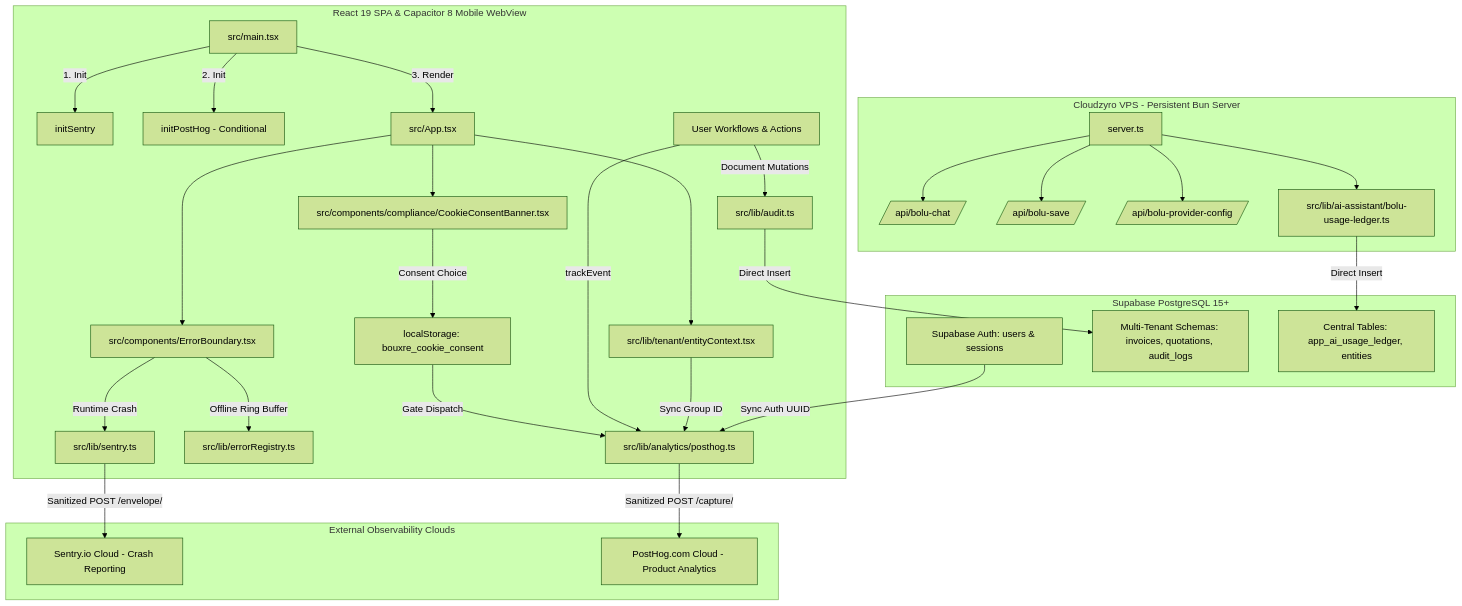
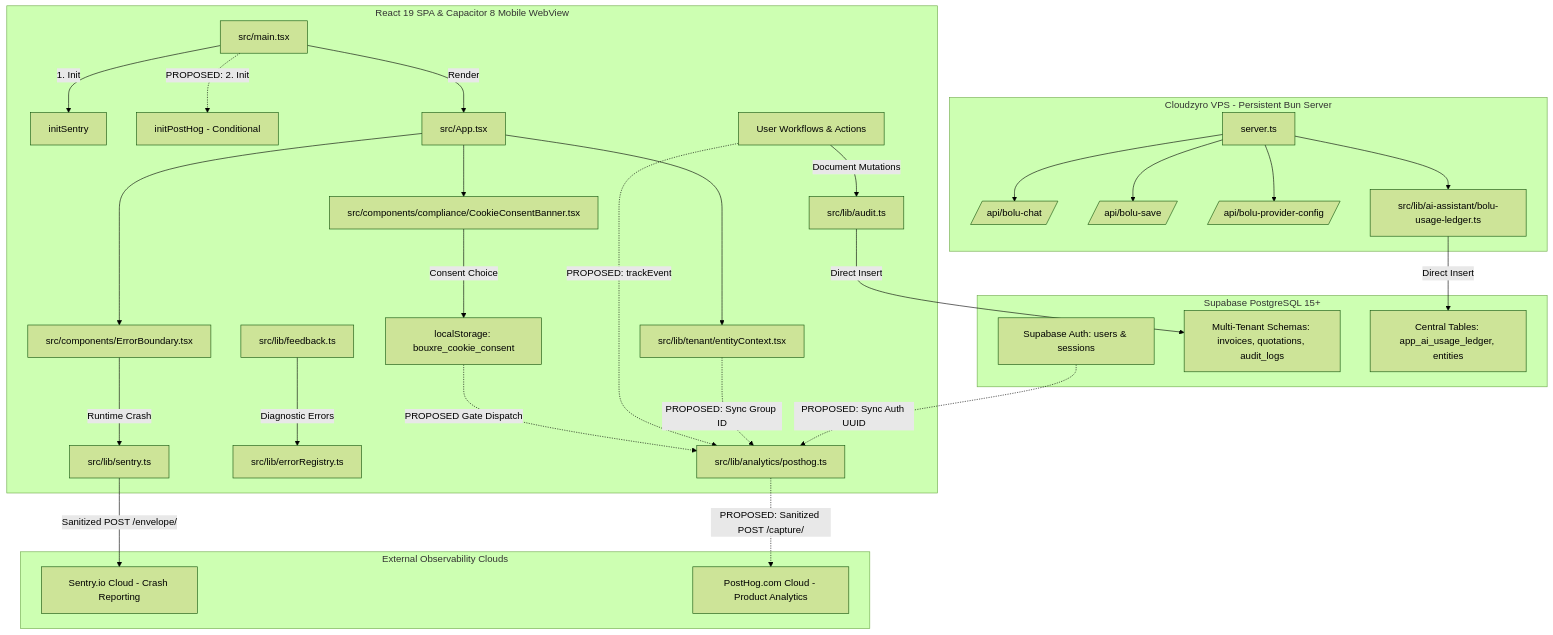
One commit to Bigdrops/bigdrops-app changed the diagram in docs/prd/product-intelligence-observability/OBSERVABILITY-ARCHITECTURE.md. Above: the diagram before and after it, drawn with Mermaid (forest theme). The commit also changed other lines of this file and 10 other files, not shown here.

````diff
--- a/docs/prd/product-intelligence-observability/OBSERVABILITY-ARCHITECTURE.md
+++ b/docs/prd/product-intelligence-observability/OBSERVABILITY-ARCHITECTURE.md
@@ -11,46 +11,46 @@
 ```mermaid
 flowchart TD
     subgraph Client Application [React 19 SPA & Capacitor 8 Mobile WebView]
         Main[src/main.tsx] -->|1. Init| SentryInit[initSentry]
-        Main -->|2. Init| PHInit[initPostHog - Conditional]
-        Main -->|3. Render| AppRoot[src/App.tsx]
+        Main -.->|PROPOSED: 2. Init| PHInit[initPostHog - Conditional]
+        Main -->|Render| AppRoot[src/App.tsx]
 
         AppRoot --> EB[src/components/ErrorBoundary.tsx]
         AppRoot --> Banner[src/components/compliance/CookieConsentBanner.tsx]
         AppRoot --> EntityCtx[src/lib/tenant/entityContext.tsx]
 
         EB -->|Runtime Crash| SentryLib[src/lib/sentry.ts]
-        EB -->|Offline Ring Buffer| LocalReg[src/lib/errorRegistry.ts]
+        Feedback[src/lib/feedback.ts] -->|Diagnostic Errors| LocalReg[src/lib/errorRegistry.ts]
 
         Banner -->|Consent Choice| LocalStorage[localStorage: bouxre_cookie_consent]
-        LocalStorage -->|Gate Dispatch| PHLib[src/lib/analytics/posthog.ts]
+        LocalStorage -.->|PROPOSED Gate Dispatch| PHLib[src/lib/analytics/posthog.ts]
 
-        UI[User Workflows & Actions] -->|trackEvent| PHLib
+        UI[User Workflows & Actions] -.->|PROPOSED: trackEvent| PHLib
         UI -->|Document Mutations| AuditTrail[src/lib/audit.ts]
     end
 
     subgraph Backend Services [Cloudzyro VPS - Persistent Bun Server]
         Server[server.ts] --> RouteChat[/api/bolu-chat/]
         Server --> RouteSave[/api/bolu-save/]
         Server --> RouteConfig[/api/bolu-provider-config/]
         Server --> Ledger[src/lib/ai-assistant/bolu-usage-ledger.ts]
     end
 
     subgraph Database Layer [Supabase PostgreSQL 15+]
         SupaAuth[Supabase Auth: users & sessions]
         TenantSchemas[Multi-Tenant Schemas: invoices, quotations, audit_logs]
         CentralTables[Central Tables: app_ai_usage_ledger, entities]
     end
 
     subgraph External Observability Clouds
         SentryCloud[Sentry.io Cloud - Crash Reporting]
         PHCloud[PostHog.com Cloud - Product Analytics]
     end
 
     SentryLib -->|Sanitized POST /envelope/| SentryCloud
-    PHLib -->|Sanitized POST /capture/| PHCloud
+    PHLib -.->|PROPOSED: Sanitized POST /capture/| PHCloud
     AuditTrail -->|Direct Insert| TenantSchemas
     Ledger -->|Direct Insert| CentralTables
-    EntityCtx -->|Sync Group ID| PHLib
-    SupaAuth -->|Sync Auth UUID| PHLib
+    EntityCtx -.->|PROPOSED: Sync Group ID| PHLib
+    SupaAuth -.->|PROPOSED: Sync Auth UUID| PHLib
 ```
````
